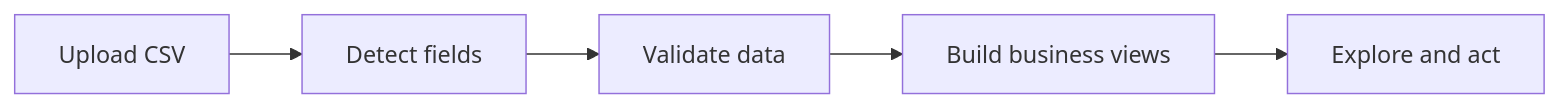
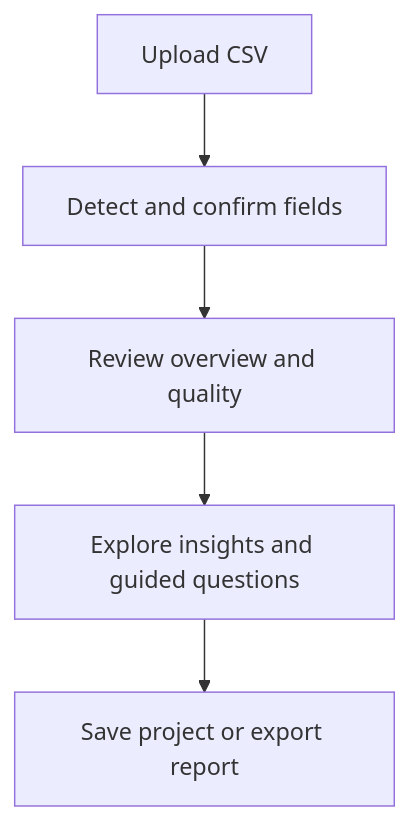
The diagram in README.md (lialit/Universal-CSV-Dashboard), drawn with Mermaid before and after one commit. The commit also changed other lines of this file and 3 other files, not shown here.

````diff
--- a/README.md
+++ b/README.md
@@ -82,7 +87,7 @@
 ```mermaid
-flowchart LR
-    A["Upload CSV"] --> B["Detect fields"]
-    B --> C["Validate data"]
-    C --> D["Build business views"]
-    D --> E["Explore and act"]
+flowchart TD
+    A["Upload CSV"] --> B["Detect and confirm fields"]
+    B --> C["Review overview and quality"]
+    C --> D["Explore insights and guided questions"]
+    D --> E["Save project or export report"]
 ```
````
